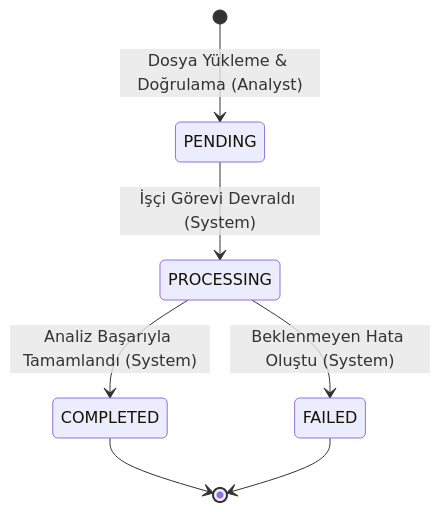
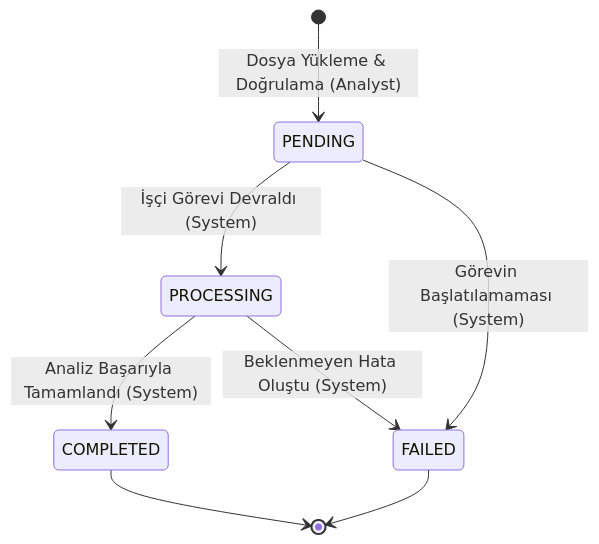
The first of 2 diagrams in docs/architecture/04-state-machines.md (mustafaemre027/securewatch-ai), drawn with Mermaid before and after one commit. The commit also changed other lines of this file, not shown here.

````diff
--- a/docs/architecture/04-state-machines.md
+++ b/docs/architecture/04-state-machines.md
@@ -31,9 +32,10 @@
 ```mermaid
 stateDiagram-v2
     [*] --> PENDING : Dosya Yükleme & Doğrulama (Analyst)
     PENDING --> PROCESSING : İşçi Görevi Devraldı (System)
     PROCESSING --> COMPLETED : Analiz Başarıyla Tamamlandı (System)
     PROCESSING --> FAILED : Beklenmeyen Hata Oluştu (System)
+    PENDING --> FAILED : Görevin Başlatılamaması (System)
     COMPLETED --> [*]
     FAILED --> [*]
 ```
````
